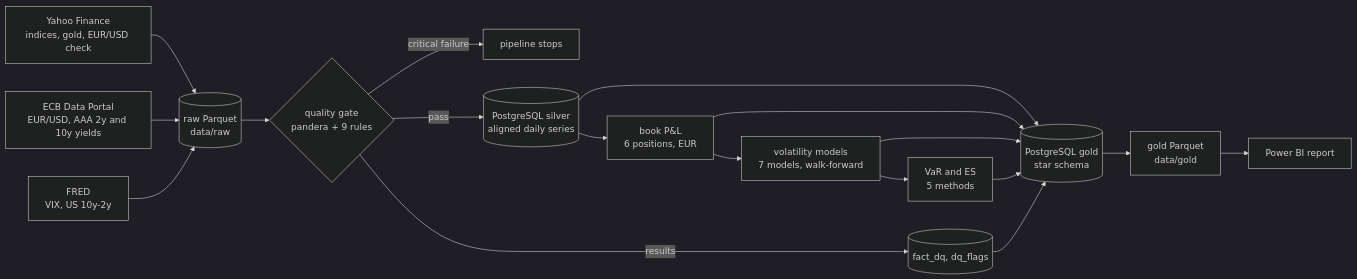
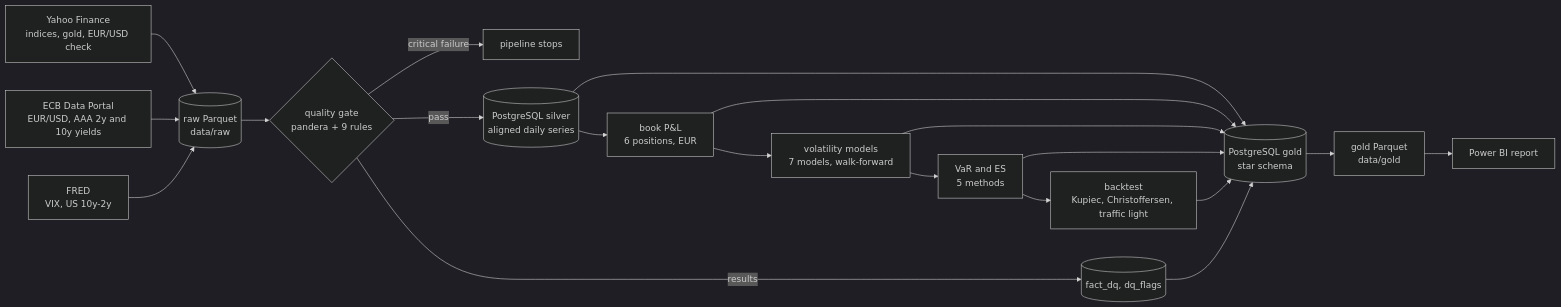
Before and after one commit to MedChahb/market_risk_monitor: the diagram in README.md, drawn with Mermaid (dark theme). The commit also changed other lines of this file and 2 other files, not shown here.

Commit message:
Document the backtest tables and summarise the backtest in the README

````diff
--- a/README.md
+++ b/README.md
@@ -11,20 +11,22 @@
 ```mermaid
 flowchart LR
     Y[Yahoo Finance<br/>indices, gold, EUR/USD check] --> R[(raw Parquet<br/>data/raw)]
     E[ECB Data Portal<br/>EUR/USD, AAA 2y and 10y yields] --> R
     F[FRED<br/>VIX, US 10y-2y] --> R
     R --> Q{quality gate<br/>pandera + 9 rules}
     Q -->|critical failure| X[pipeline stops]
     Q -->|results| DQ[(fact_dq, dq_flags)]
     Q -->|pass| S[(PostgreSQL silver<br/>aligned daily series)]
     S --> G[(PostgreSQL gold<br/>star schema)]
     S --> B[book P&L<br/>6 positions, EUR]
     B --> G
     B --> V[volatility models<br/>7 models, walk-forward]
     V --> G
     V --> VR[VaR and ES<br/>5 methods]
     VR --> G
+    VR --> BT[backtest<br/>Kupiec, Christoffersen, traffic light]
+    BT --> G
     DQ --> G
     G --> P[gold Parquet<br/>data/gold]
     P --> BI[Power BI report]
 ```
````
